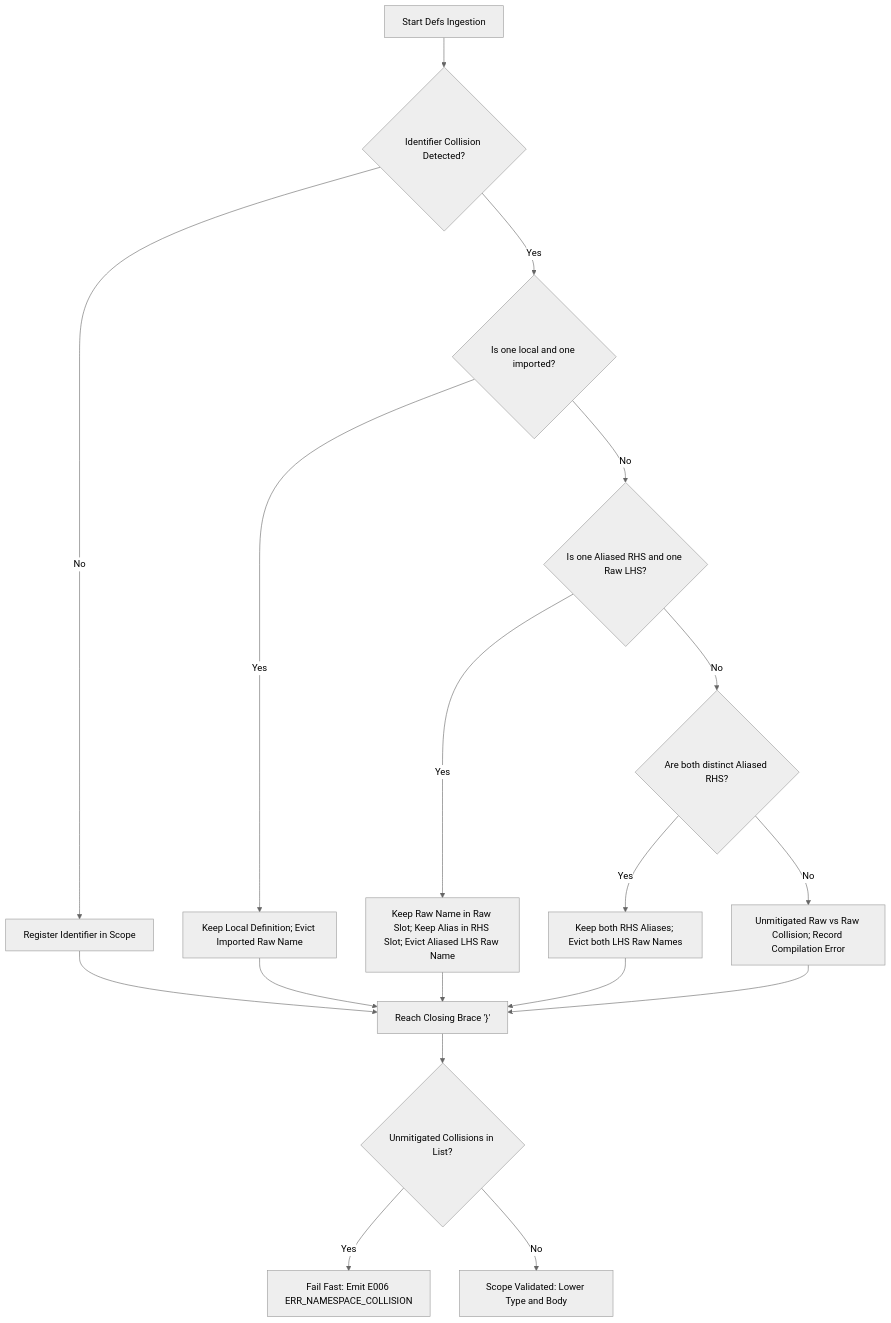
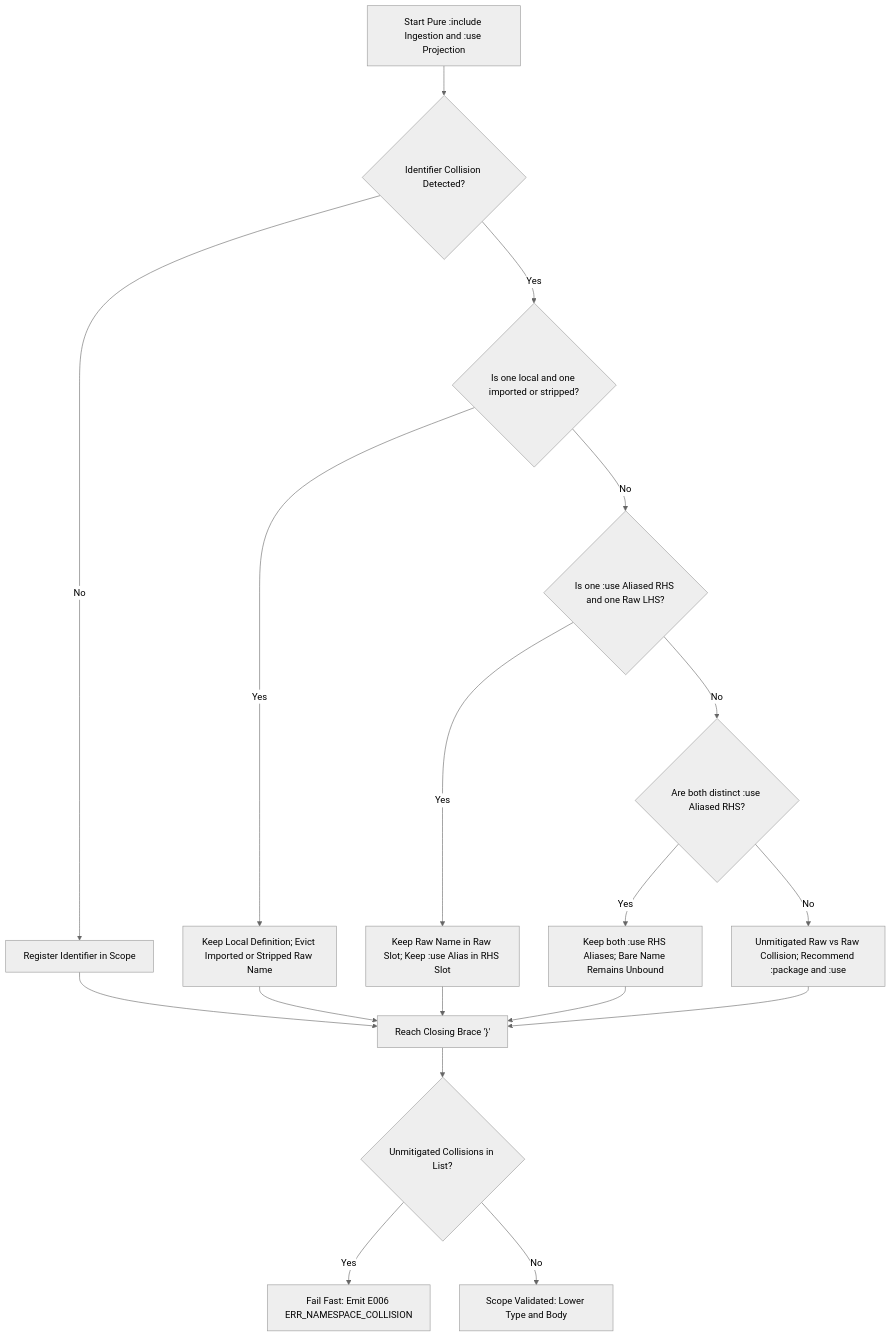
Before and after one commit to chaotic3quilibrium/stvnadore-core: the first of 3 diagrams in docs/architecture/STVN_LANGUAGE_SPEC.md, drawn with Mermaid (neutral theme). The commit also changed other lines of this file and 110 other files, not shown here.

Commit message:
Refactor to realign with new clear algebra for rebrancing-vs-renaming; pure :include ingestion, updating the specification, and updating all tests and shared-fixtures to align with new architecture, design, and implementation

````diff
--- a/docs/architecture/STVN_LANGUAGE_SPEC.md
+++ b/docs/architecture/STVN_LANGUAGE_SPEC.md
@@ -790,20 +802,20 @@
 ```mermaid
 flowchart TD
-    A["Start Defs Ingestion"] --> B{"Identifier Collision Detected?"}
-    B -- " No " --> C["Register Identifier in Scope"]
-    B -- " Yes " --> D{"Is one local and one imported?"}
-    D -- " Yes " --> E["Keep Local Definition; Evict Imported Raw Name"]
-    D -- " No " --> F{"Is one Aliased RHS and one Raw LHS?"}
-    F -- " Yes " --> G["Keep Raw Name in Raw Slot; Keep Alias in RHS Slot; Evict Aliased LHS Raw Name"]
-    F -- " No " --> H{"Are both distinct Aliased RHS?"}
-    H -- " Yes " --> I["Keep both RHS Aliases; Evict both LHS Raw Names"]
-    H -- " No " --> J["Unmitigated Raw vs Raw Collision; Record Compilation Error"]
+    A["Start Pure :include Ingestion and :use Projection"] --> B{"Identifier Collision Detected?"}
+    B -- "No" --> C["Register Identifier in Scope"]
+    B -- "Yes" --> D{"Is one local and one imported or stripped?"}
+    D -- "Yes" --> E["Keep Local Definition; Evict Imported or Stripped Raw Name"]
+    D -- "No" --> F{"Is one :use Aliased RHS and one Raw LHS?"}
+    F -- "Yes" --> G["Keep Raw Name in Raw Slot; Keep :use Alias in RHS Slot"]
+    F -- "No" --> H{"Are both distinct :use Aliased RHS?"}
+    H -- "Yes" --> I["Keep both :use RHS Aliases; Bare Name Remains Unbound"]
+    H -- "No" --> J["Unmitigated Raw vs Raw Collision; Recommend :package and :use"]
     C --> K["Reach Closing Brace '}'"]
     E --> K
     G --> K
     I --> K
     J --> K
     K --> L{"Unmitigated Collisions in List?"}
-    L -- " Yes " --> M["Fail Fast: Emit E006 ERR_NAMESPACE_COLLISION"]
-    L -- " No " --> N["Scope Validated: Lower Type and Body"]
+    L -- "Yes" --> M["Fail Fast: Emit E006 ERR_NAMESPACE_COLLISION"]
+    L -- "No" --> N["Scope Validated: Lower Type and Body"]
 ```
````
